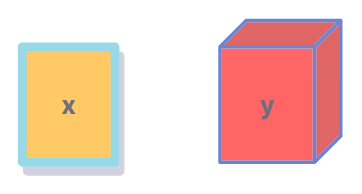
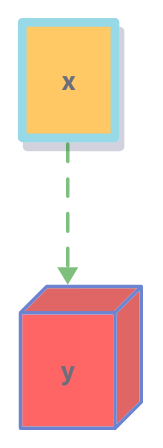
One commit to terrastruct/d2-docs changed the diagram in static/d2/styles-1.d2. Above: the diagram before and after it, drawn with D2. The commit also changed 22 other files, not shown here.

```diff
--- a/static/d2/styles-1.d2
+++ b/static/d2/styles-1.d2
@@ -1,17 +1,26 @@
 x: {
   style: {
     opacity: 0.6
     fill: orange
     stroke: "#53C0D8"
     stroke-width: 5
     shadow: true
   }
 }
 
 y: {
   style: {
     opacity: 0.6
     fill: red
     3d: true
   }
 }
+
+x -> y: {
+  style: {
+    stroke: green
+    opacity: 0.5
+    stroke-width: 2
+    stroke-dash: 5
+  }
+}
```
